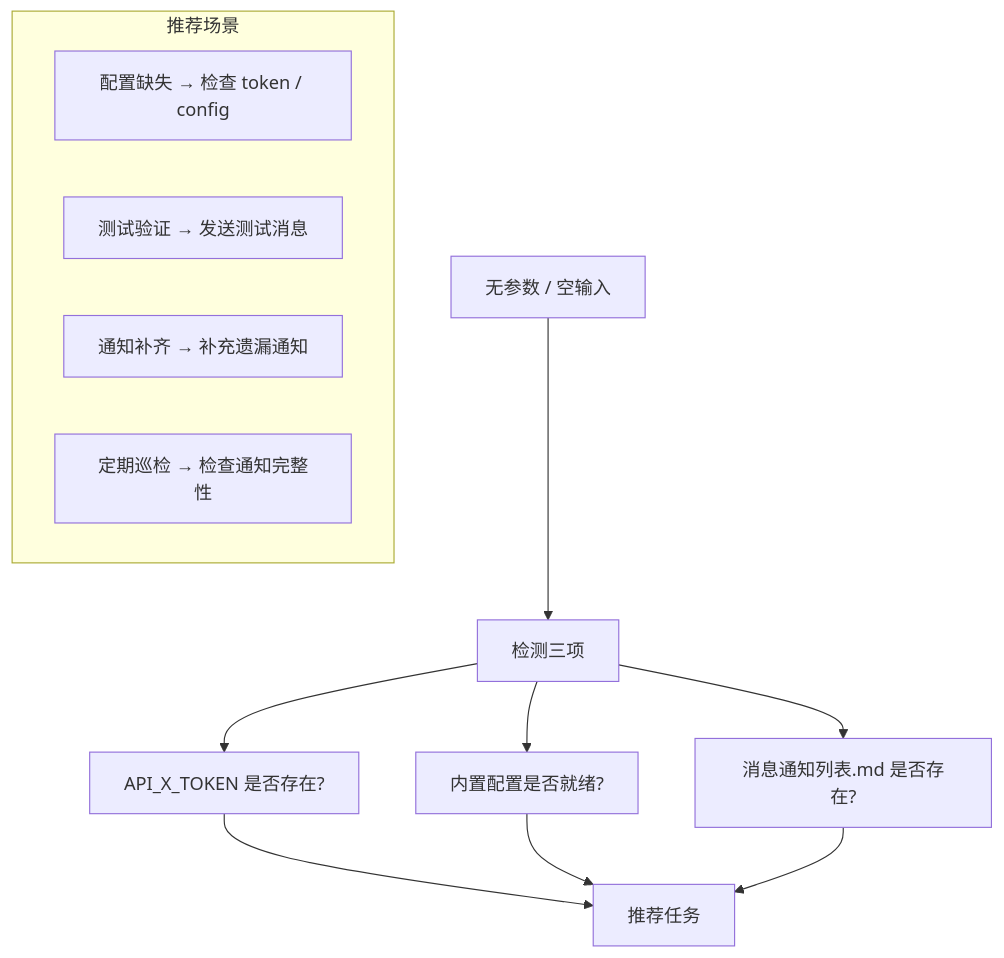
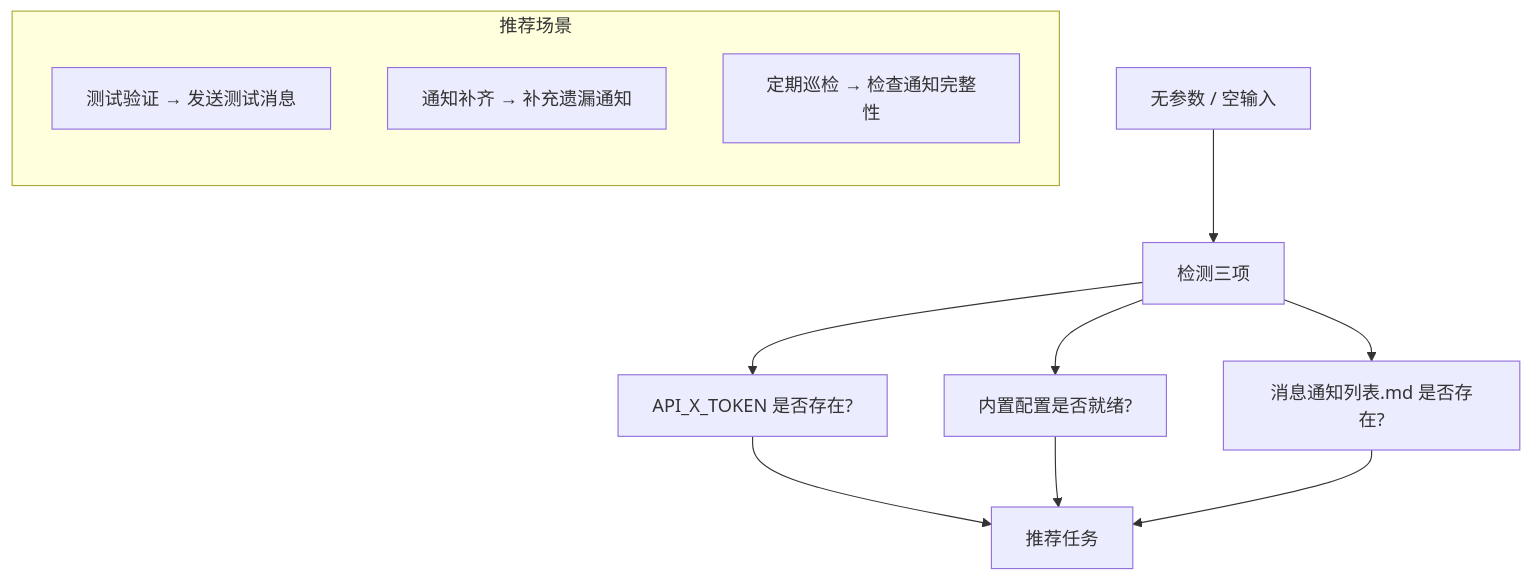
Before and after one commit to effiy/YrY: the eighth of 9 diagrams in skills/rui-bot/SKILL.md, drawn with Mermaid. The commit also changed other lines of this file and 42 other files, not shown here.

First line of the commit message:
feat: apply Mermaid authoring rules (M1-M12) across entire codebase

````diff
--- a/skills/rui-bot/SKILL.md
+++ b/skills/rui-bot/SKILL.md
@@ -260,17 +275,18 @@
 ```mermaid
 flowchart TD
     EMPTY["无参数 / 空输入"]:::src --> CHECK["检测三项"]:::op
     CHECK --> T1["API_X_TOKEN 是否存在?"]:::check
     CHECK --> T2["内置配置是否就绪?"]:::check
     CHECK --> T3["消息通知列表.md 是否存在?"]:::check
 
     T1 & T2 & T3 --> RECOMMEND["推荐任务"]:::out
 
     subgraph 推荐["推荐场景"]
-        R1["配置缺失 → 检查 token / config"]:::rec
+        direction TB
         R2["测试验证 → 发送测试消息"]:::rec
         R3["通知补齐 → 补充遗漏通知"]:::rec
         R4["定期巡检 → 检查通知完整性"]:::rec
     end
 
+
 ```
````
